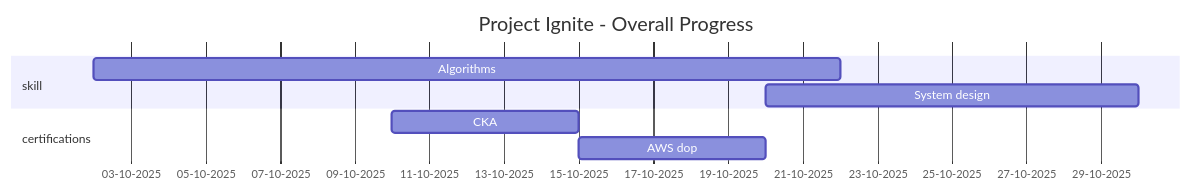
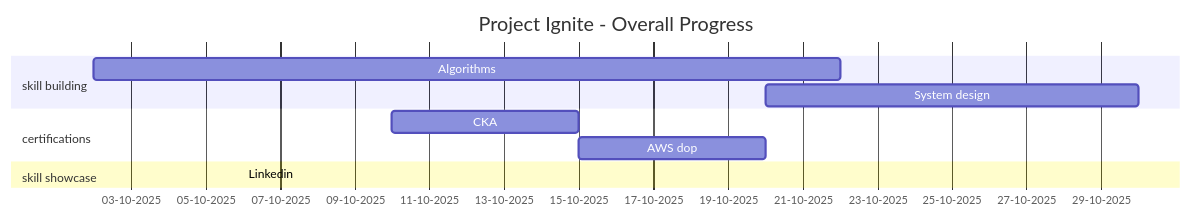
Before and after one commit to Navdeep-Singh-Ghotra/ignite: the second of 2 diagrams in README.md, drawn with Mermaid.

Commit message:
adding mermaid template for gantt

````diff
--- a/README.md
+++ b/README.md
@@ -34,12 +34,14 @@
 ```mermaid
 gantt
     title Project Ignite - Overall Progress
     dateFormat  DD-MM-YYYY
     axisFormat %d-%m-%Y
-    section skill
+    section skill building
     Algorithms       : a1, 02-10-2025, 20d
     System design : 20-10-2025,10d 
     section certifications
     CKA       : 10-10-2025, 5d
     AWS dop       : 15-10-2025, 5d
+    section skill showcase
+    Linkedin       : 06-10-2025, 
 ```
````
